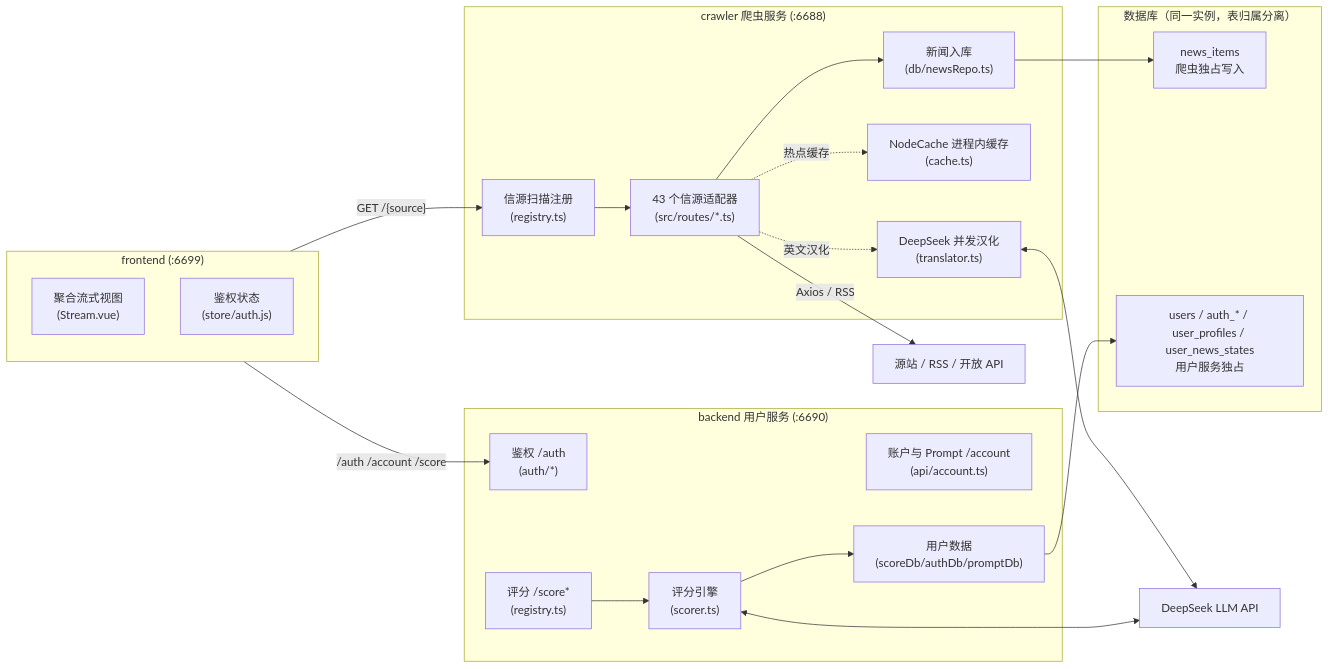
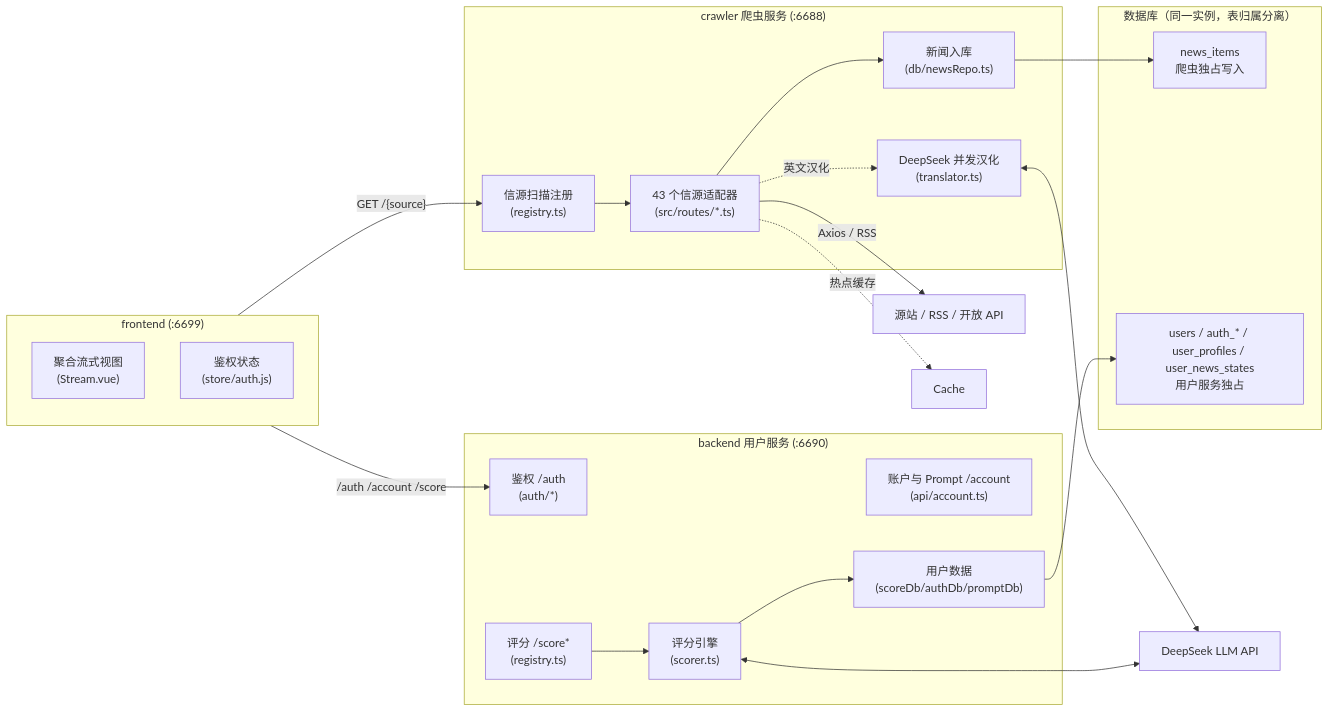
One commit to g39088902/dailyforyou changed the first of 2 diagrams in frontend/AGENTS.md. Above: the diagram before and after it, drawn with Mermaid. The commit also changed other lines of this file and 97 other files, not shown here.

First line of the commit message:
refactor: remove node-cache, unify source registry & sync logos, optimize stream views

````diff
--- a/frontend/AGENTS.md
+++ b/frontend/AGENTS.md
@@ -59,45 +59,44 @@
 ```mermaid
 flowchart LR
     subgraph Front["frontend (:6699)"]
         StreamView["聚合流式视图\n(Stream.vue)"]
         AuthStore["鉴权状态\n(store/auth.js)"]
     end
 
     subgraph Crawler["crawler 爬虫服务 (:6688)"]
         CRegistry["信源扫描注册\n(registry.ts)"]
         Adapters["43 个信源适配器\n(src/routes/*.ts)"]
         Translator["DeepSeek 并发汉化\n(translator.ts)"]
-        Cache["NodeCache 进程内缓存\n(cache.ts)"]
         NewsRepo["新闻入库\n(db/newsRepo.ts)"]
     end
 
     subgraph UserSvc["backend 用户服务 (:6690)"]
         AuthApp["鉴权 /auth\n(auth/*)"]
         AccountApp["账户与 Prompt /account\n(api/account.ts)"]
         ScoreApp["评分 /score*\n(registry.ts)"]
         Scorer["评分引擎\n(scorer.ts)"]
         UserRepo["用户数据\n(scoreDb/authDb/promptDb)"]
     end
 
     subgraph Storage["数据库（同一实例，表归属分离）"]
         NewsTable["news_items\n爬虫独占写入"]
         UserTables["users / auth_* / user_profiles / user_news_states\n用户服务独占"]
     end
 
     DeepSeekLLM["DeepSeek LLM API"]
     TargetSites["源站 / RSS / 开放 API"]
 
     Front -->|"GET /{source}"| CRegistry
     Front -->|"/auth /account /score"| AuthApp
     CRegistry --> Adapters
     Adapters -->|Axios / RSS| TargetSites
     Adapters -.->|英文汉化| Translator
     Translator <--> DeepSeekLLM
     Adapters -.->|热点缓存| Cache
     Adapters --> NewsRepo
     NewsRepo --> NewsTable
     ScoreApp --> Scorer
     Scorer <--> DeepSeekLLM
     Scorer --> UserRepo
     UserRepo --> UserTables
 ```
````
